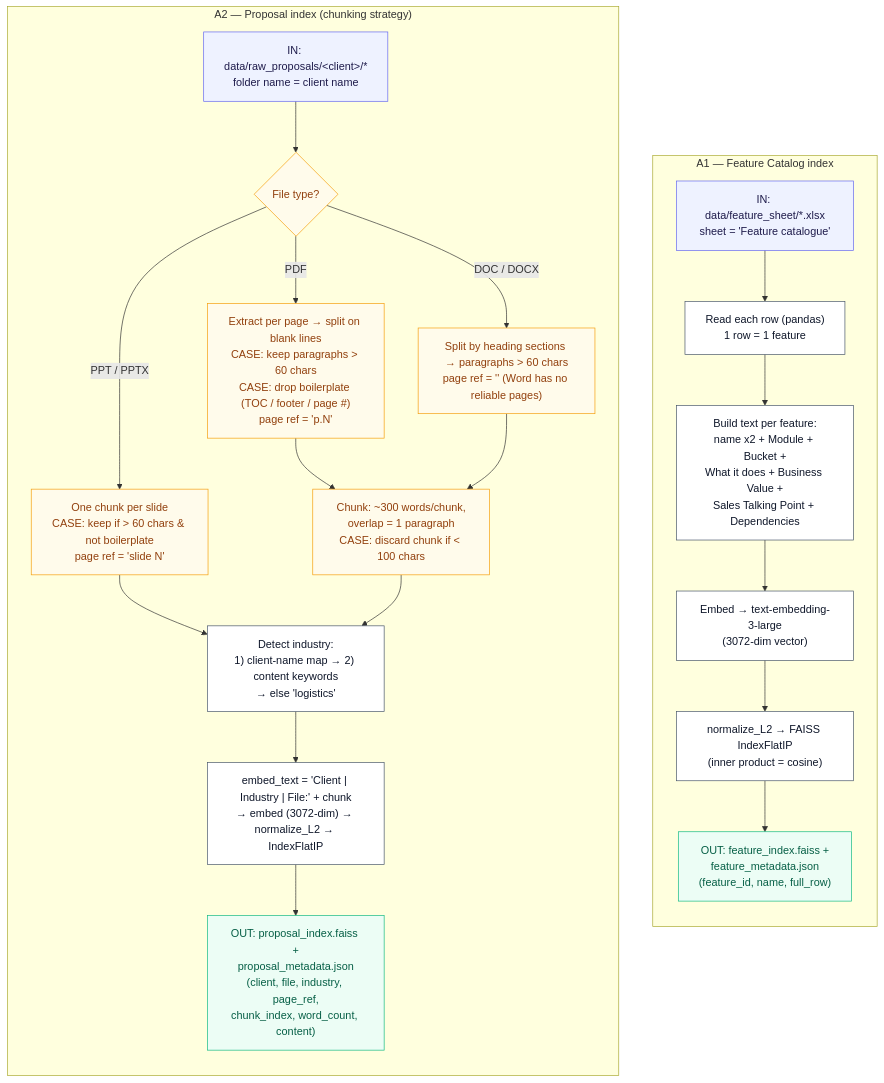
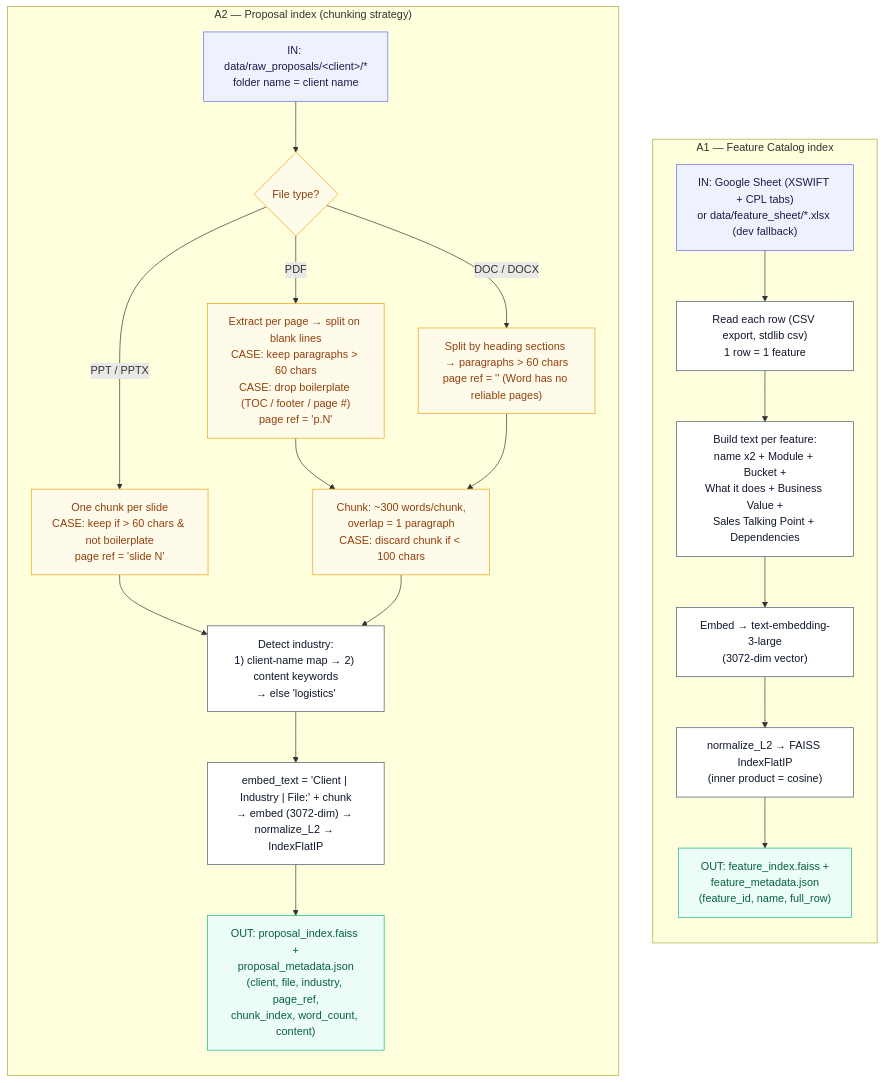
The first of 4 diagrams in docs/workflow.md (dhupack/SolutionsDesk), drawn with Mermaid before and after one commit. The commit also changed other lines of this file, not shown here.

Commit message:
updated workflow diagrams

````diff
--- a/docs/workflow.md
+++ b/docs/workflow.md
@@ -15,38 +18,38 @@
 ```mermaid
 flowchart TD
     classDef io fill:#eef2ff,stroke:#6366f1,color:#1e1b4b;
     classDef proc fill:#ffffff,stroke:#475569,color:#0f172a;
     classDef case fill:#fffbeb,stroke:#f59e0b,color:#92400e;
     classDef out fill:#ecfdf5,stroke:#10b981,color:#065f46;
 
     %% ---------- Feature catalog ----------
     subgraph FEAT["A1 — Feature Catalog index"]
         direction TB
-        FA["IN: data/feature_sheet/*.xlsx<br/>sheet = 'Feature catalogue'"]:::io
-        FA --> FB["Read each row (pandas)<br/>1 row = 1 feature"]:::proc
+        FA["IN: Google Sheet (XSWIFT + CPL tabs)<br/>or data/feature_sheet/*.xlsx (dev fallback)"]:::io
+        FA --> FB["Read each row (CSV export, stdlib csv)<br/>1 row = 1 feature"]:::proc
         FB --> FC["Build text per feature:<br/>name x2 + Module + Bucket +<br/>What it does + Business Value +<br/>Sales Talking Point + Dependencies"]:::proc
         FC --> FD["Embed → text-embedding-3-large<br/>(3072-dim vector)"]:::proc
         FD --> FE["normalize_L2 → FAISS IndexFlatIP<br/>(inner product = cosine)"]:::proc
         FE --> FF["OUT: feature_index.faiss +<br/>feature_metadata.json<br/>(feature_id, name, full_row)"]:::out
     end
 
     %% ---------- Proposals ----------
     subgraph PROP["A2 — Proposal index (chunking strategy)"]
         direction TB
         PA["IN: data/raw_proposals/&lt;client&gt;/*<br/>folder name = client name"]:::io
         PA --> PT{"File type?"}:::case
         PT -->|PDF| P_PDF["Extract per page → split on blank lines<br/>CASE: keep paragraphs > 60 chars<br/>CASE: drop boilerplate (TOC / footer / page #)<br/>page ref = 'p.N'"]:::case
         PT -->|PPT / PPTX| P_PPT["One chunk per slide<br/>CASE: keep if > 60 chars & not boilerplate<br/>page ref = 'slide N'"]:::case
         PT -->|DOC / DOCX| P_DOC["Split by heading sections → paragraphs > 60 chars<br/>page ref = '' (Word has no reliable pages)"]:::case
 
         P_PDF --> PCHUNK
         P_DOC --> PCHUNK
         PCHUNK["Chunk: ~300 words/chunk,<br/>overlap = 1 paragraph<br/>CASE: discard chunk if < 100 chars"]:::case
         P_PPT --> PIND
         PCHUNK --> PIND
 
         PIND["Detect industry:<br/>1) client-name map → 2) content keywords<br/>→ else 'logistics'"]:::proc
         PIND --> PEMB["embed_text = 'Client | Industry | File:' + chunk<br/>→ embed (3072-dim) → normalize_L2 → IndexFlatIP"]:::proc
         PEMB --> POUT["OUT: proposal_index.faiss +<br/>proposal_metadata.json<br/>(client, file, industry, page_ref,<br/>chunk_index, word_count, content)"]:::out
     end
 ```
````
